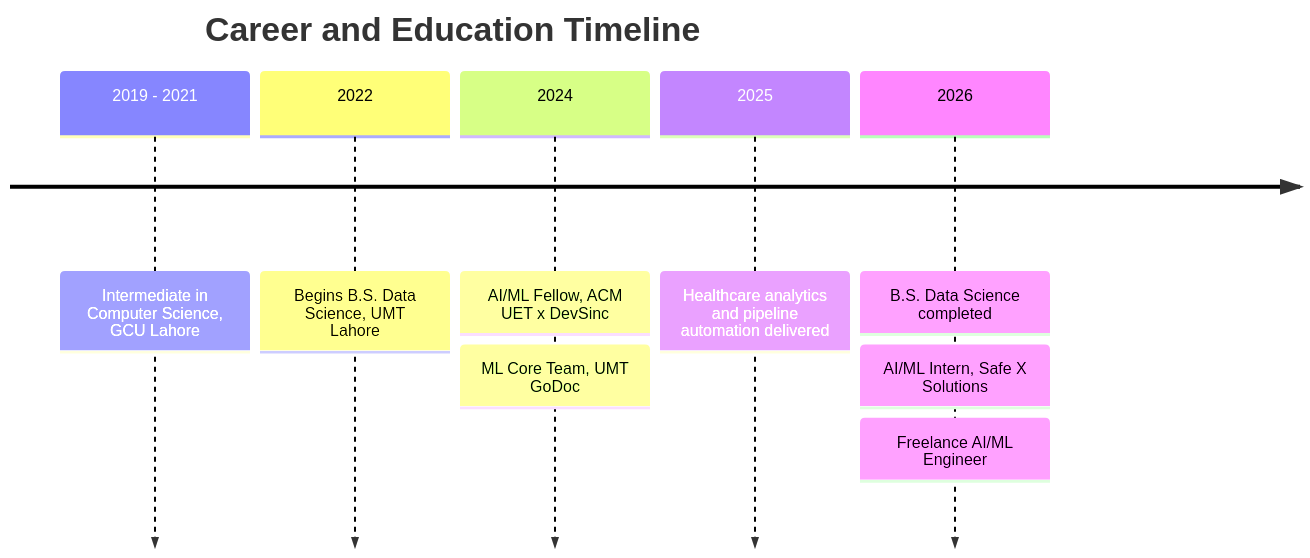
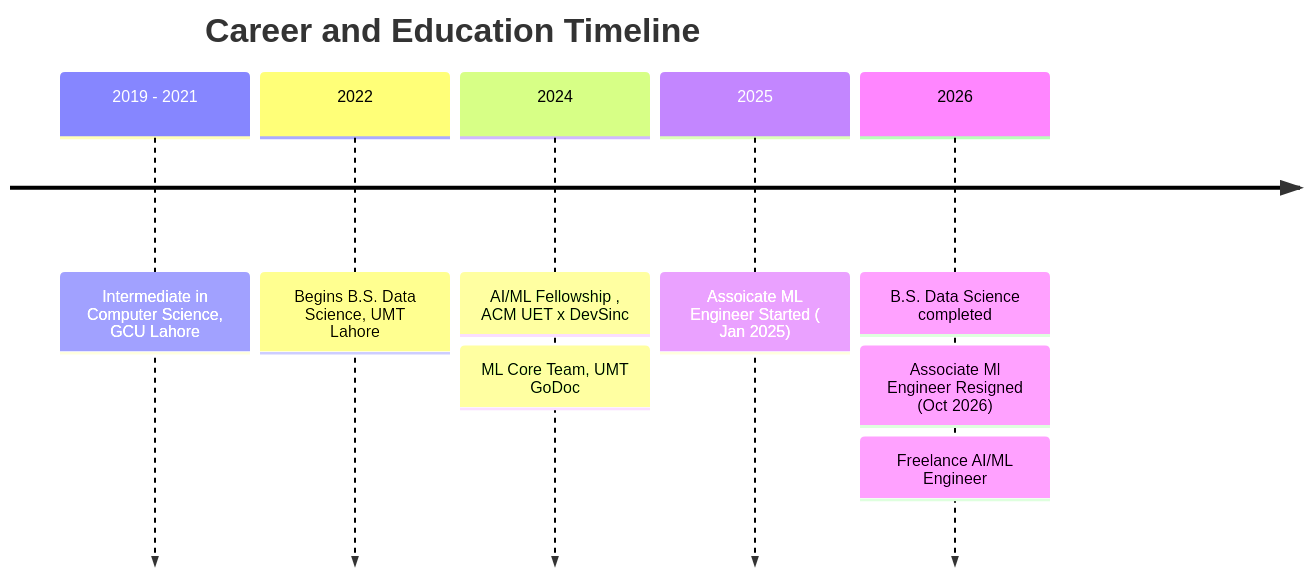
Before and after one commit to abdullahmran-101/abdullahmran-101: diagram 12 of 12 in README.md, drawn with Mermaid. The commit also changed other lines of this file, not shown here.

````diff
--- a/README.md
+++ b/README.md
@@ -541,12 +541,12 @@
 ```mermaid
 timeline
     title Career and Education Timeline
     2019 - 2021 : Intermediate in Computer Science, GCU Lahore
     2022 : Begins B.S. Data Science, UMT Lahore
-    2024 : AI/ML Fellow, ACM UET x DevSinc
+    2024 : AI/ML Fellowship , ACM UET x DevSinc
          : ML Core Team, UMT GoDoc
-    2025 : Healthcare analytics and pipeline automation delivered
+    2025 : Assoicate ML Engineer Started  ( Jan 2025)
     2026 : B.S. Data Science completed
-         : AI/ML Intern, Safe X Solutions
+         : Associate Ml Engineer  Resigned (Oct 2026)
          : Freelance AI/ML Engineer
 ```
````
